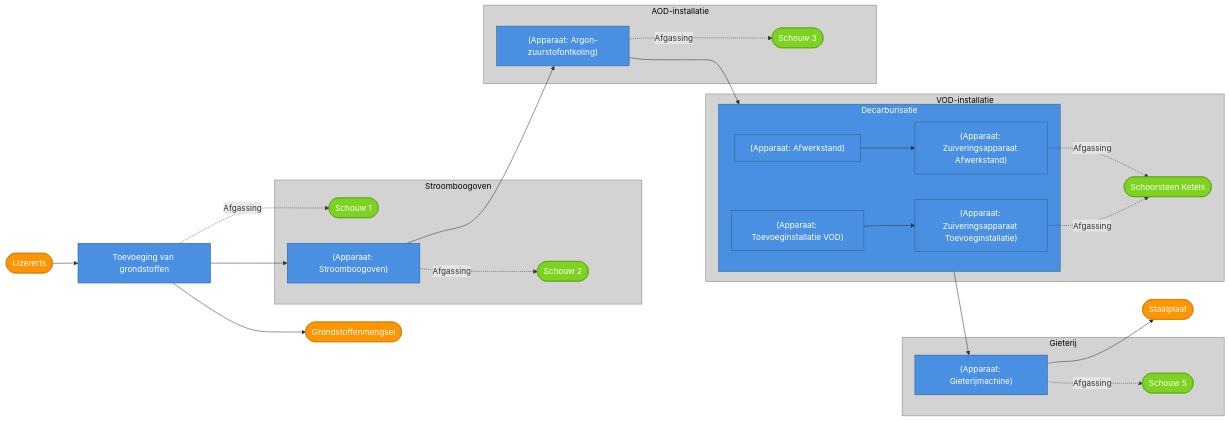
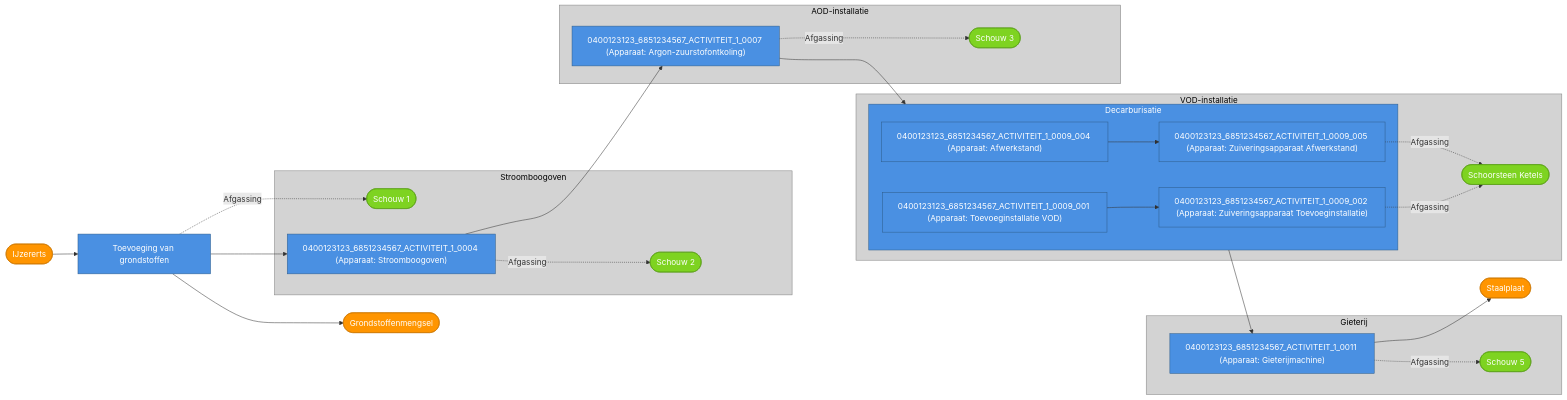
Before and after one commit to milieuinfo/RIE-IEPR: the diagram in documentatie/bin/activiteit-visualisatie/staalfabriek.mmd, drawn with Mermaid. The commit also changed 9 other files, not shown here.

```diff
--- a/documentatie/bin/activiteit-visualisatie/staalfabriek.mmd
+++ b/documentatie/bin/activiteit-visualisatie/staalfabriek.mmd
@@ -1,64 +1,64 @@
 flowchart LR
     subgraph installatie6["Stroomboogoven"]
     emissiepunt0(["Schouw 1"])
     style emissiepunt0 color:white,fill:#7ED321,stroke:#5A9E17,color:#fff
     emissiepunt1(["Schouw 2"])
     style emissiepunt1 color:white,fill:#7ED321,stroke:#5A9E17,color:#fff
-    step1["(Apparaat: Stroomboogoven)"]
+    step1["0400123123_6851234567_ACTIVITEIT_1_0004 (Apparaat: Stroomboogoven)"]
     style step1 color:white,fill:#4A90E2,stroke:#2E5C8A,color:#fff
     end
     style installatie6 color:black,fill:#D3D3D3,stroke:#808080,color:#000
     subgraph installatie7["Gieterij"]
     emissiepunt4(["Schouw 5"])
     style emissiepunt4 color:white,fill:#7ED321,stroke:#5A9E17,color:#fff
-    step8["(Apparaat: Gieterijmachine)"]
+    step8["0400123123_6851234567_ACTIVITEIT_1_0011 (Apparaat: Gieterijmachine)"]
     style step8 color:white,fill:#4A90E2,stroke:#2E5C8A,color:#fff
     end
     style installatie7 color:black,fill:#D3D3D3,stroke:#808080,color:#000
     subgraph installatie8["VOD-installatie"]
     emissiepunt3(["Schoorsteen Ketels"])
     style emissiepunt3 color:white,fill:#7ED321,stroke:#5A9E17,color:#fff
     subgraph step3["Decarburisatie"]
-    step4["(Apparaat: Toevoeginstallatie VOD)"]
+    step4["0400123123_6851234567_ACTIVITEIT_1_0009_001 (Apparaat: Toevoeginstallatie VOD)"]
     style step4 color:white,fill:#4A90E2,stroke:#2E5C8A,color:#fff
-    step5["(Apparaat: Zuiveringsapparaat Toevoeginstallatie)"]
+    step5["0400123123_6851234567_ACTIVITEIT_1_0009_002 (Apparaat: Zuiveringsapparaat Toevoeginstallatie)"]
     style step5 color:white,fill:#4A90E2,stroke:#2E5C8A,color:#fff
-    step6["(Apparaat: Afwerkstand)"]
+    step6["0400123123_6851234567_ACTIVITEIT_1_0009_004 (Apparaat: Afwerkstand)"]
     style step6 color:white,fill:#4A90E2,stroke:#2E5C8A,color:#fff
-    step7["(Apparaat: Zuiveringsapparaat Afwerkstand)"]
+    step7["0400123123_6851234567_ACTIVITEIT_1_0009_005 (Apparaat: Zuiveringsapparaat Afwerkstand)"]
     style step7 color:white,fill:#4A90E2,stroke:#2E5C8A,color:#fff
     end
     style step3 color:white,fill:#4A90E2,stroke:#2E5C8A,color:#fff
     end
     style installatie8 color:black,fill:#D3D3D3,stroke:#808080,color:#000
     subgraph installatie9["AOD-installatie"]
     emissiepunt2(["Schouw 3"])
     style emissiepunt2 color:white,fill:#7ED321,stroke:#5A9E17,color:#fff
-    step2["(Apparaat: Argon-zuurstofontkoling)"]
+    step2["0400123123_6851234567_ACTIVITEIT_1_0007 (Apparaat: Argon-zuurstofontkoling)"]
     style step2 color:white,fill:#4A90E2,stroke:#2E5C8A,color:#fff
     end
     style installatie9 color:black,fill:#D3D3D3,stroke:#808080,color:#000
     step0["Toevoeging van grondstoffen"]
     style step0 color:white,fill:#4A90E2,stroke:#2E5C8A,color:#fff
     stof0(["IJzererts"])
     style stof0 color:white,fill:#FF9500,stroke:#CC7700,color:#fff
     stof1(["Staalplaat"])
     style stof1 color:white,fill:#FF9500,stroke:#CC7700,color:#fff
     stof2(["Grondstoffenmengsel"])
     style stof2 color:white,fill:#FF9500,stroke:#CC7700,color:#fff
 
     step0 --> step1
     step1 --> step2
     step2 --> step3
     step4 --> step5
     step6 --> step7
     step3 --> step8
     step0 -.->|Afgassing| emissiepunt0
     step1 -.->|Afgassing| emissiepunt1
     step2 -.->|Afgassing| emissiepunt2
     step5 -.->|Afgassing| emissiepunt3
     step7 -.->|Afgassing| emissiepunt3
     step8 -.->|Afgassing| emissiepunt4
     stof0 --> step0
     step0 --> stof2
     step8 --> stof1
```
